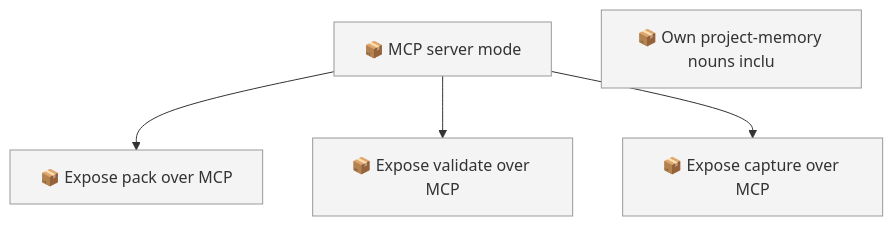
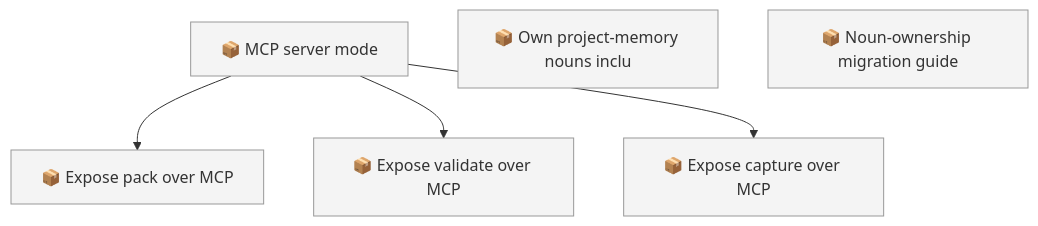
The first of 2 diagrams in docs/roadmap.md (SpillwaveSolutions/project-knowledge-capture), drawn with Mermaid before and after one commit. The commit also changed other lines of this file and 4 other files, not shown here.

First line of the commit message:
docs: PKC noun-ownership migration guide 01M0T3YW3CWWM9QPMKXEQQ2PR3

````diff
--- a/docs/roadmap.md
+++ b/docs/roadmap.md
@@ -58,13 +65,14 @@
 ```mermaid
 graph TD
     01KZ75NQCMYGFYRCVJATEBVBRB["📦 MCP server mode"]
     01KZ75R3EXEG4GVGRP2S9CCKZ4["📦 Expose pack over MCP"]
     01KZ75R3M6BYQ643NKDCCSEEZC["📦 Expose validate over MCP"]
     01KZ75R3S2X1G4PCTGMMSR8BWA["📦 Expose capture over MCP"]
     01M0SZFFPWEVN9YX9D9RYZ1ZC1["📦 Own project-memory nouns inclu"]
+    01M0T3YW3CWWM9QPMKXEQQ2PR3["📦 Noun-ownership migration guide"]
     01KZ75NQCMYGFYRCVJATEBVBRB --> 01KZ75R3EXEG4GVGRP2S9CCKZ4
     01KZ75NQCMYGFYRCVJATEBVBRB --> 01KZ75R3M6BYQ643NKDCCSEEZC
     01KZ75NQCMYGFYRCVJATEBVBRB --> 01KZ75R3S2X1G4PCTGMMSR8BWA
     classDef todo fill:#f4f4f4,stroke:#999999
-    class 01KZ75NQCMYGFYRCVJATEBVBRB,01KZ75R3EXEG4GVGRP2S9CCKZ4,01KZ75R3M6BYQ643NKDCCSEEZC,01KZ75R3S2X1G4PCTGMMSR8BWA,01M0SZFFPWEVN9YX9D9RYZ1ZC1 todo
+    class 01KZ75NQCMYGFYRCVJATEBVBRB,01KZ75R3EXEG4GVGRP2S9CCKZ4,01KZ75R3M6BYQ643NKDCCSEEZC,01KZ75R3S2X1G4PCTGMMSR8BWA,01M0SZFFPWEVN9YX9D9RYZ1ZC1,01M0T3YW3CWWM9QPMKXEQQ2PR3 todo
 ```
````
